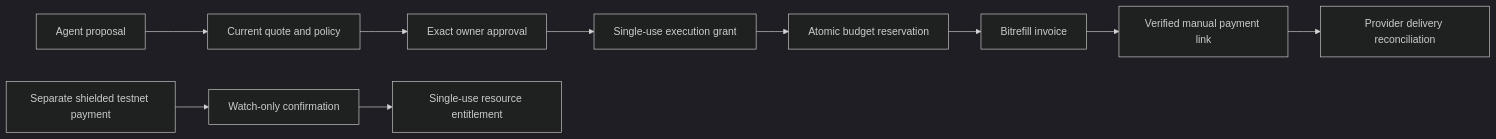
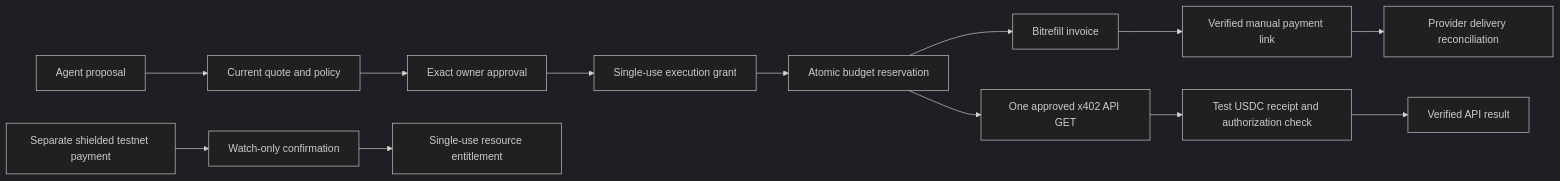
The diagram in README.md (Dijo-404/pegasus), drawn with Mermaid (dark theme) before and after one commit. The commit also changed other lines of this file and 4 other files, not shown here.

````diff
--- a/README.md
+++ b/README.md
@@ -254,12 +280,15 @@
 ```mermaid
 flowchart LR
     A[Agent proposal] --> B[Current quote and policy]
     B --> C[Exact owner approval]
     C --> D[Single-use execution grant]
     D --> E[Atomic budget reservation]
     E --> F[Bitrefill invoice]
     F --> G[Verified manual payment link]
     G --> H[Provider delivery reconciliation]
     I[Separate shielded testnet payment] --> J[Watch-only confirmation]
     J --> K[Single-use resource entitlement]
+    E --> L[One approved x402 API GET]
+    L --> M[Test USDC receipt and authorization check]
+    M --> N[Verified API result]
 ```
````
